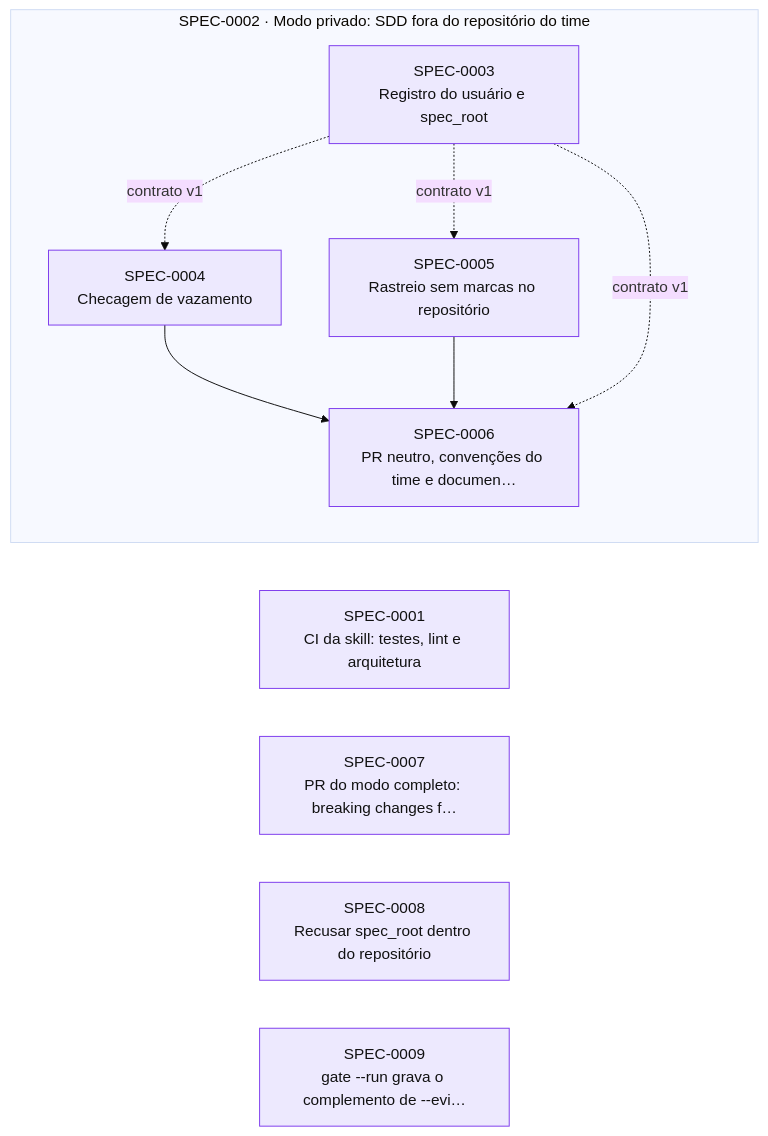
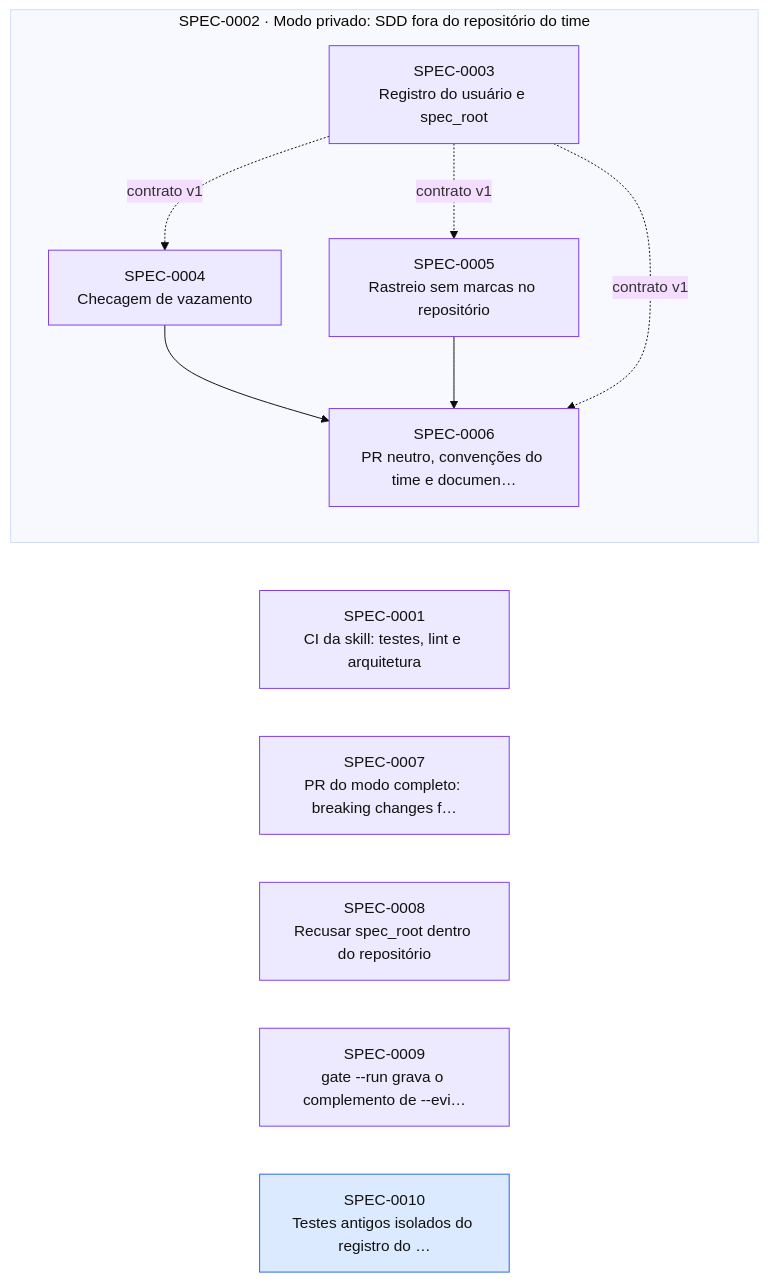
The diagram in docs/specs/INDEX.md (thomasravache/ai-dev-brain), drawn with Mermaid (base theme) before and after one commit. The commit also changed other lines of this file and 1 other file, not shown here.

First line of the commit message:
docs(specs): aprova e planeja a SPEC-0010

````diff
--- a/docs/specs/INDEX.md
+++ b/docs/specs/INDEX.md
@@ -58,23 +59,24 @@
 ```mermaid
 flowchart LR
   S0001["SPEC-0001<br/>CI da skill: testes, lint e arquitetura"]:::inprogress
   S0007["SPEC-0007<br/>PR do modo completo: breaking changes f…"]:::inprogress
   S0008["SPEC-0008<br/>Recusar spec_root dentro do repositório"]:::inprogress
   S0009["SPEC-0009<br/>gate --run grava o complemento de --evi…"]:::inprogress
+  S0010["SPEC-0010<br/>Testes antigos isolados do registro do …"]:::approved
   subgraph E0002["SPEC-0002 · Modo privado: SDD fora do repositório do time"]
     S0003["SPEC-0003<br/>Registro do usuário e spec_root"]:::inprogress
     S0004["SPEC-0004<br/>Checagem de vazamento"]:::inprogress
     S0005["SPEC-0005<br/>Rastreio sem marcas no repositório"]:::inprogress
     S0006["SPEC-0006<br/>PR neutro, convenções do time e documen…"]:::inprogress
   end
   S0003 -. contrato v1 .-> S0004
   S0003 -. contrato v1 .-> S0005
   S0004 --> S0006
   S0005 --> S0006
   S0003 -. contrato v1 .-> S0006
   classDef proposed fill:#fef3c7,stroke:#d97706,color:#111
   classDef approved fill:#dbeafe,stroke:#2563eb,color:#111
   classDef inprogress fill:#ede9fe,stroke:#7c3aed,color:#111
   classDef implemented fill:#dcfce7,stroke:#16a34a,color:#111
   classDef deprecated fill:#f3f4f6,stroke:#9ca3af,color:#6b7280
 ```
````
